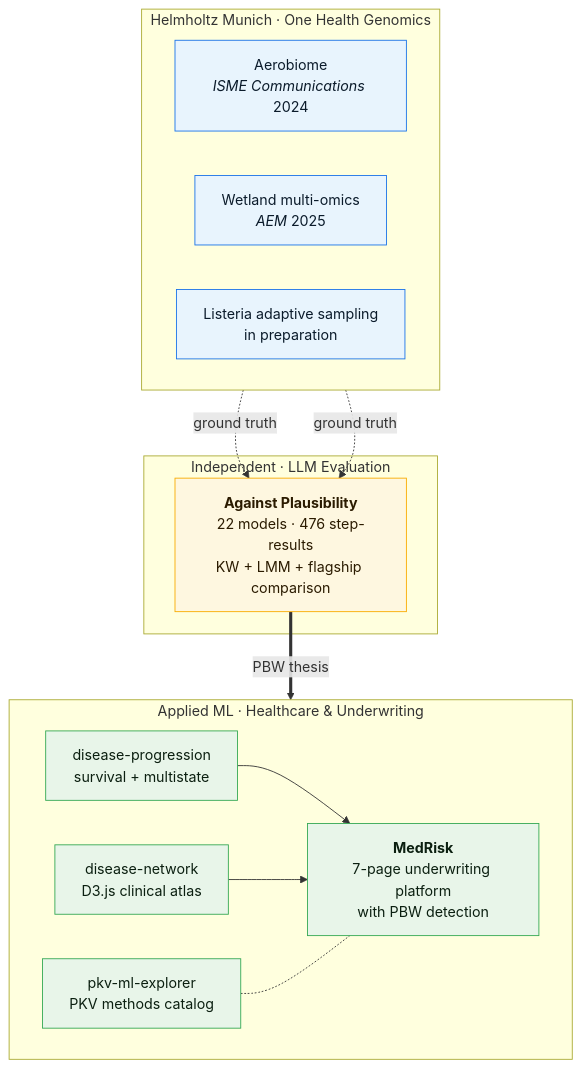
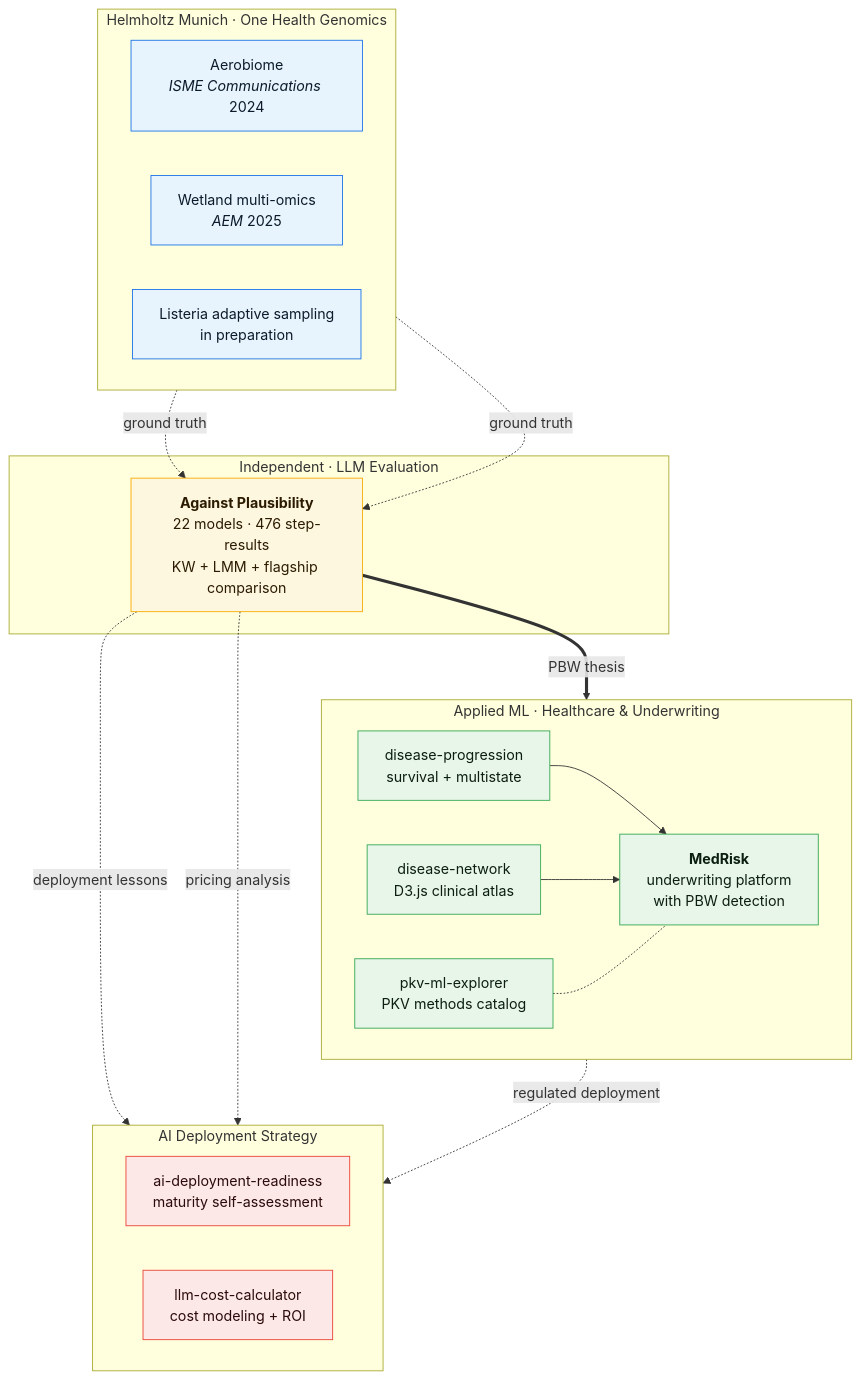
One commit to ttmgr/Tim_Reska changed the diagram in README.md. Above: the diagram before and after it, drawn with Mermaid. The commit also changed other lines of this file and 24 other files, not shown here.

````diff
--- a/README.md
+++ b/README.md
@@ -25,36 +15,48 @@
 ```mermaid
 flowchart TB
     subgraph H["Helmholtz Munich · One Health Genomics"]
         direction LR
         A["Aerobiome<br/><i>ISME Communications</i> 2024"]
         W["Wetland multi-omics<br/><i>AEM</i> 2025"]
         L["Listeria adaptive sampling<br/>in preparation"]
     end
 
     subgraph I["Independent · LLM Evaluation"]
         E["<b>Against Plausibility</b><br/>22 models · 476 step-results<br/>KW + LMM + flagship comparison"]
     end
 
     subgraph T["Applied ML · Healthcare & Underwriting"]
         direction LR
         DP["disease-progression<br/>survival + multistate"]
         DN["disease-network<br/>D3.js clinical atlas"]
-        MR["<b>MedRisk</b><br/>7-page underwriting platform<br/>with PBW detection"]
+        MR["<b>MedRisk</b><br/>underwriting platform<br/>with PBW detection"]
         PKV["pkv-ml-explorer<br/>PKV methods catalog"]
+    end
+
+    subgraph D["AI Deployment Strategy"]
+        direction LR
+        ADR["ai-deployment-readiness<br/>maturity self-assessment"]
+        LCC["llm-cost-calculator<br/>cost modeling + ROI"]
     end
 
     A -. ground truth .-> E
     W -. ground truth .-> E
     E == PBW thesis ==> MR
 
     DP --> MR
     DN --> MR
     PKV -.- MR
 
+    E -. deployment lessons .-> ADR
+    E -. pricing analysis .-> LCC
+    MR -. regulated deployment .-> ADR
+
     classDef helm fill:#e8f4fd,stroke:#1a73e8,color:#0b1b2b
     classDef ind fill:#fef7e0,stroke:#f9ab00,color:#2b1b00
     classDef appl fill:#e8f5e9,stroke:#34a853,color:#0b1f10
+    classDef depl fill:#fce8e6,stroke:#ea4335,color:#2b0b0b
     class A,W,L helm
     class E ind
     class DP,DN,MR,PKV appl
+    class ADR,LCC depl
 ```
````
